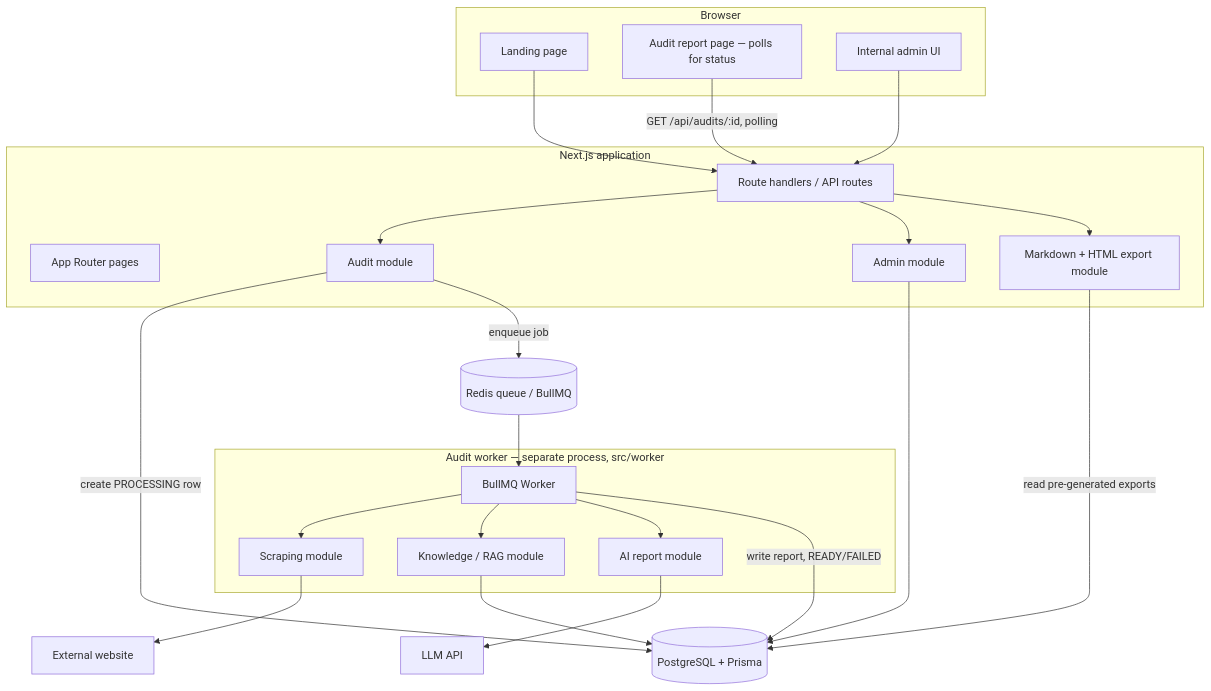
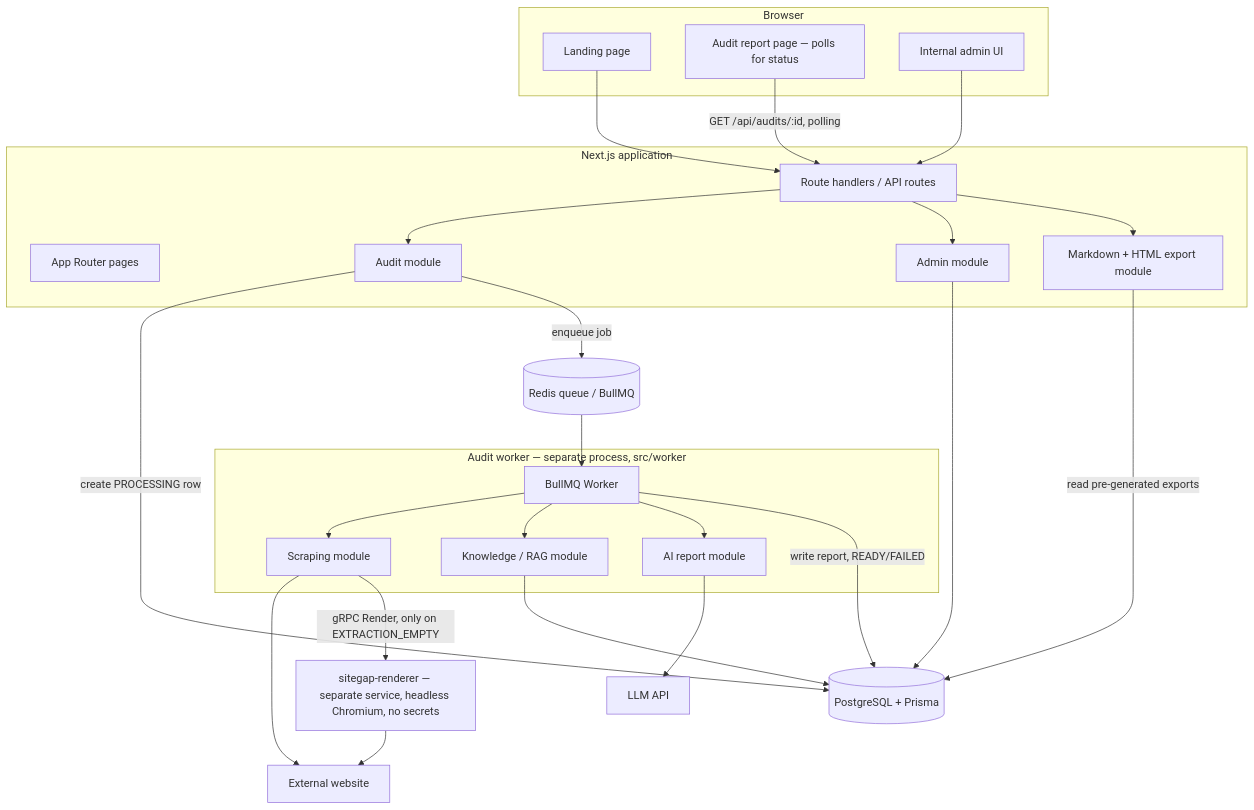
The second of 12 diagrams in docs/ARCHITECTURE.md (Luxion07/sitegap-ai), drawn with Mermaid before and after one commit. The commit also changed other lines of this file and 3 other files, not shown here.

First line of the commit message:
docs: describe the renderer fallback in spec and architecture

````diff
--- a/docs/ARCHITECTURE.md
+++ b/docs/ARCHITECTURE.md
@@ -43,52 +48,56 @@
 ```mermaid
 flowchart TB
   subgraph Browser
     Landing[Landing page]
     Report[Audit report page — polls for status]
     AdminUI[Internal admin UI]
   end
 
   subgraph NextApp[Next.js application]
     Pages[App Router pages]
     Routes[Route handlers / API routes]
     AuditModule[Audit module]
     ExportModule[Markdown + HTML export module]
     AdminModule[Admin module]
   end
 
   Queue[(Redis queue / BullMQ)]
 
   subgraph WorkerProcess[Audit worker — separate process, src/worker]
     Consumer[BullMQ Worker]
     WorkerScraper[Scraping module]
     WorkerKnowledge[Knowledge / RAG module]
     WorkerAI[AI report module]
   end
 
+  Renderer[sitegap-renderer — separate service, headless Chromium, no secrets]
+
   DB[(PostgreSQL + Prisma)]
   LLM[LLM API]
   Site[External website]
 
   Landing --> Routes
   Report -->|GET /api/audits/:id, polling| Routes
   AdminUI --> Routes
 
   Routes --> AuditModule
   Routes --> AdminModule
   Routes --> ExportModule
 
   AuditModule -->|create PROCESSING row| DB
   AuditModule -->|enqueue job| Queue
 
   Queue --> Consumer
   Consumer --> WorkerScraper
   Consumer --> WorkerKnowledge
   Consumer --> WorkerAI
   WorkerScraper --> Site
+  WorkerScraper -->|gRPC Render, only on EXTRACTION_EMPTY| Renderer
+  Renderer --> Site
   WorkerKnowledge --> DB
   WorkerAI --> LLM
   Consumer -->|write report, READY/FAILED| DB
 
   ExportModule -->|read pre-generated exports| DB
   AdminModule --> DB
 ```
````
